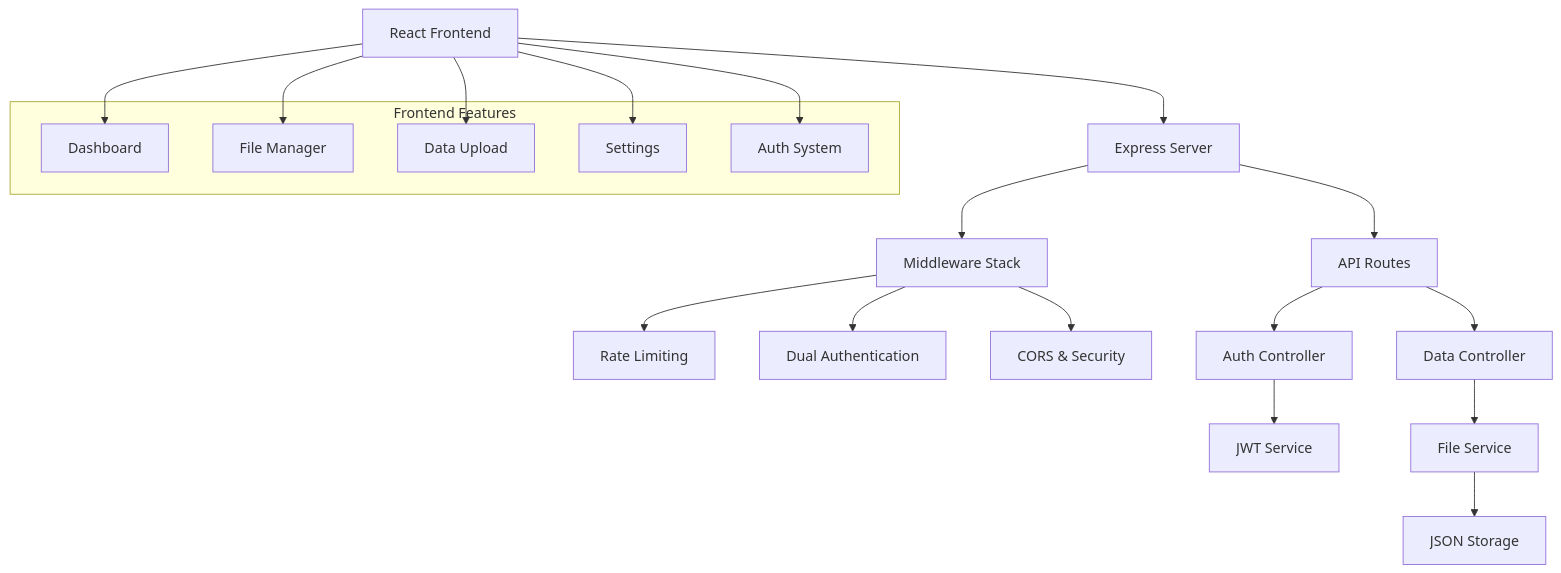
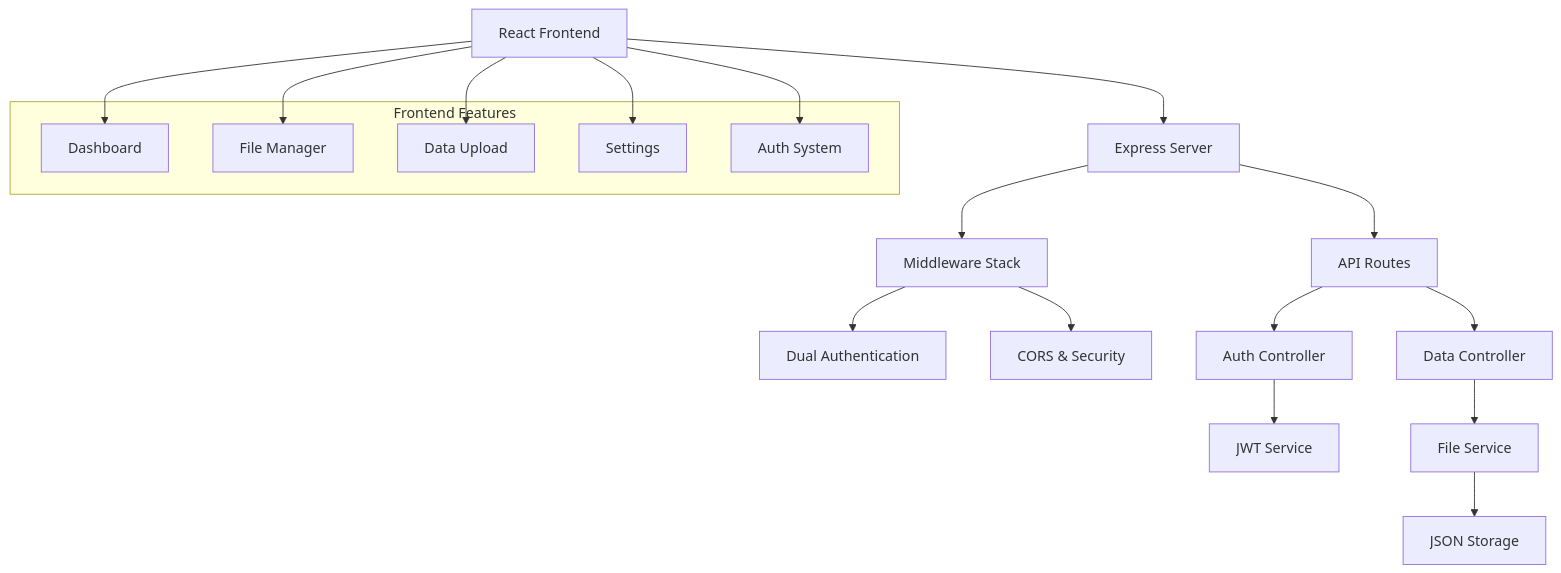
The first of 2 diagrams in README.md (berry-13/vicsam-group), drawn with Mermaid before and after one commit. The commit also changed other lines of this file and 24 other files, not shown here.

````diff
--- a/README.md
+++ b/README.md
@@ -98,28 +98,27 @@
 ```mermaid
 graph TB
     A[React Frontend] --> B[Express Server]
     B --> C[Middleware Stack]
-    C --> D[Rate Limiting]
-    C --> E[Dual Authentication]
-    C --> F[CORS & Security]
+    C --> D[Dual Authentication]
+    C --> E[CORS & Security]
     B --> G[API Routes]
     G --> H[Auth Controller]
     G --> I[Data Controller]
     H --> J[JWT Service]
     I --> K[File Service]
     K --> L[JSON Storage]
     
     subgraph "Frontend Features"
         M[Dashboard]
         N[File Manager]
         O[Data Upload]
         P[Settings]
         Q[Auth System]
     end
     
     A --> M
     A --> N
     A --> O
     A --> P
     A --> Q
 ```
````
